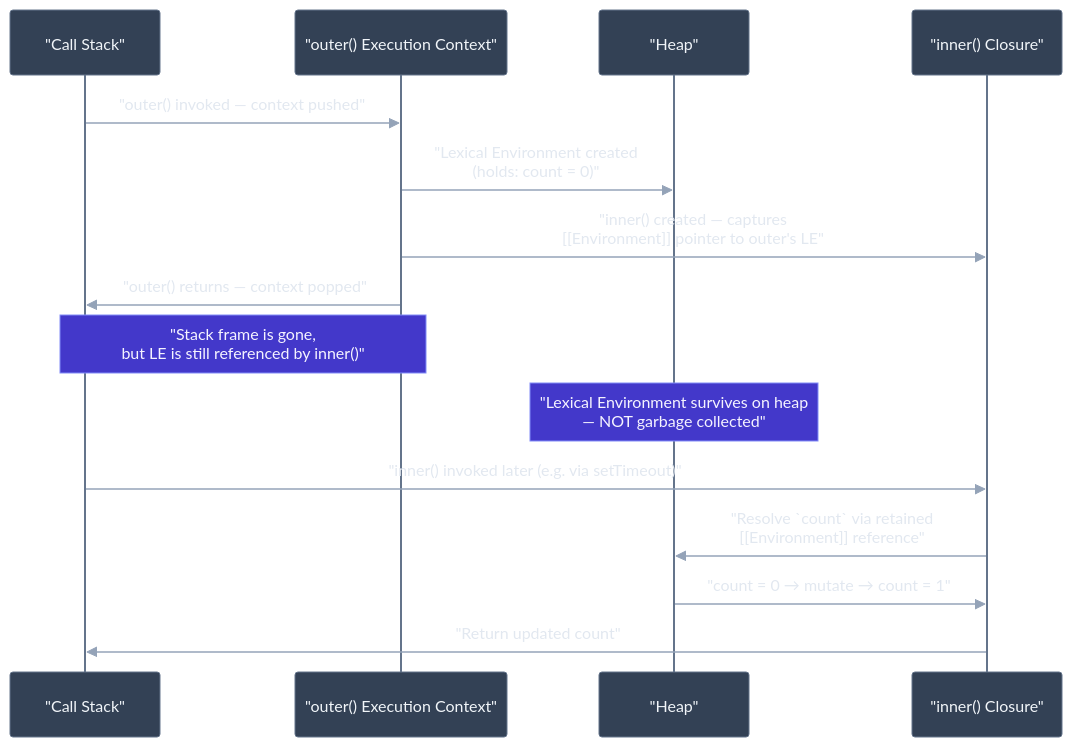
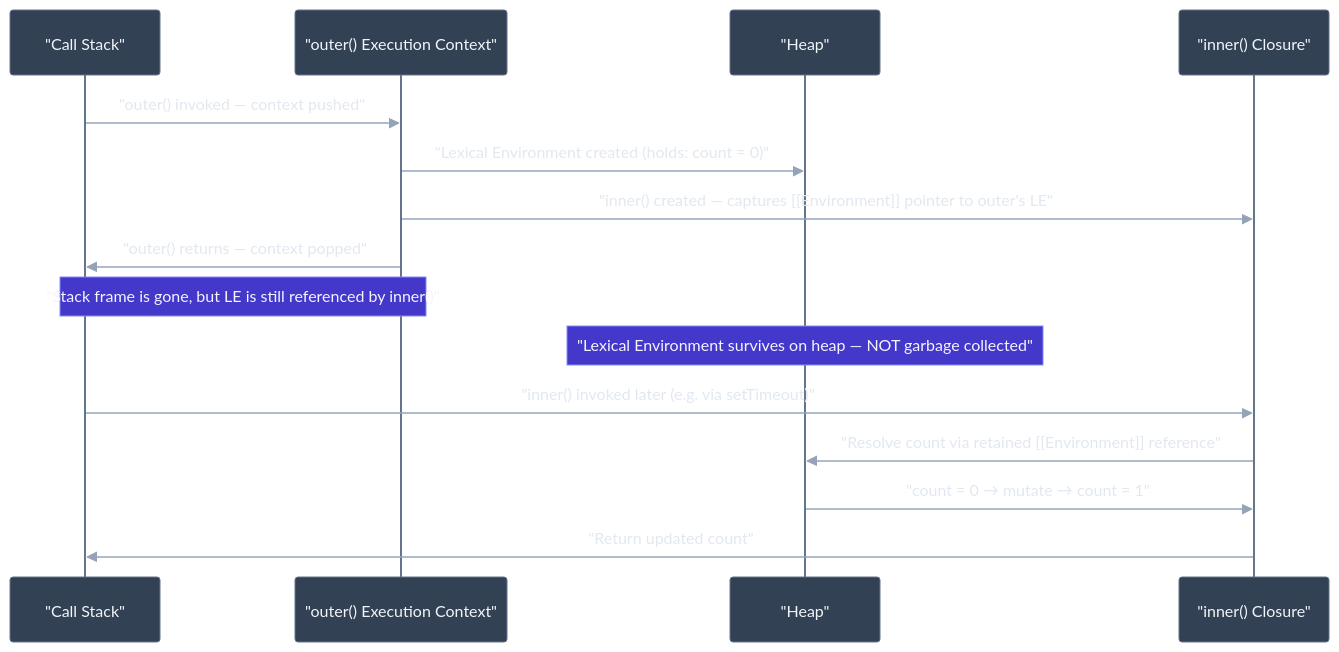
The third of 3 diagrams in data/topics/closures-scope-hoisting.md (vinayakhumberi/litmus), drawn with Mermaid before and after one commit. The commit also changed other lines of this file and 4 other files, not shown here.

````diff
--- a/data/topics/closures-scope-hoisting.md
+++ b/data/topics/closures-scope-hoisting.md
@@ -206,19 +226,19 @@
 ```mermaid
 %%{init: {"theme": "base", "themeVariables": {"background":"transparent","actorBkg":"#334155","actorBorder":"#64748b","actorTextColor":"#f1f5f9","actorLineColor":"#64748b","signalColor":"#94a3b8","signalTextColor":"#e2e8f0","noteBkgColor":"#4338ca","noteBorderColor":"#818cf8","noteTextColor":"#f5f3ff","activationBkgColor":"#475569","activationBorderColor":"#94a3b8","labelBoxBkgColor":"#334155","labelBoxBorderColor":"#64748b","labelTextColor":"#f1f5f9","loopTextColor":"#f1f5f9","fontFamily":"\"Plus Jakarta Sans\", sans-serif","fontSize":"14px"}}}%%
 sequenceDiagram
     participant CS as "Call Stack"
     participant OF as "outer() Execution Context"
     participant HP as "Heap"
     participant IF as "inner() Closure"
 
     CS->>OF: "outer() invoked — context pushed"
-    OF->>HP: "Lexical Environment created<br>(holds: count = 0)"
-    OF->>IF: "inner() created — captures<br>[[Environment]] pointer to outer's LE"
+    OF->>HP: "Lexical Environment created (holds: count = 0)"
+    OF->>IF: "inner() created — captures [[Environment]] pointer to outer's LE"
     OF->>CS: "outer() returns — context popped"
-    Note over CS,OF: "Stack frame is gone,<br>but LE is still referenced by inner()"
-    Note over HP: "Lexical Environment survives on heap<br>— NOT garbage collected"
+    Note over CS,OF: "Stack frame is gone, but LE is still referenced by inner()"
+    Note over HP: "Lexical Environment survives on heap — NOT garbage collected"
     CS->>IF: "inner() invoked later (e.g. via setTimeout)"
-    IF->>HP: "Resolve `count` via retained<br>[[Environment]] reference"
+    IF->>HP: "Resolve count via retained [[Environment]] reference"
     HP->>IF: "count = 0 → mutate → count = 1"
     IF->>CS: "Return updated count"
 ```
````
